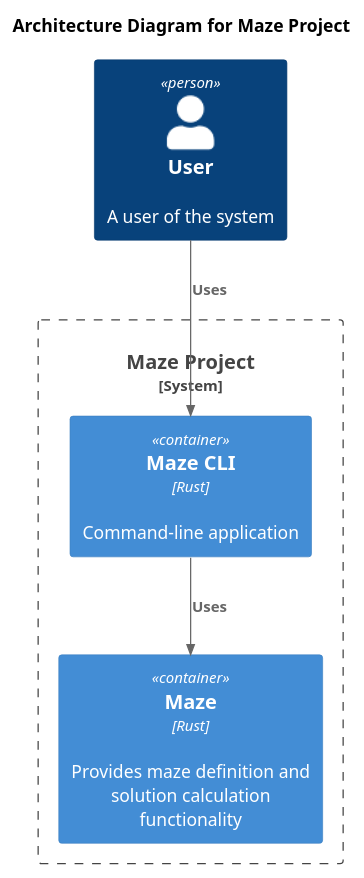
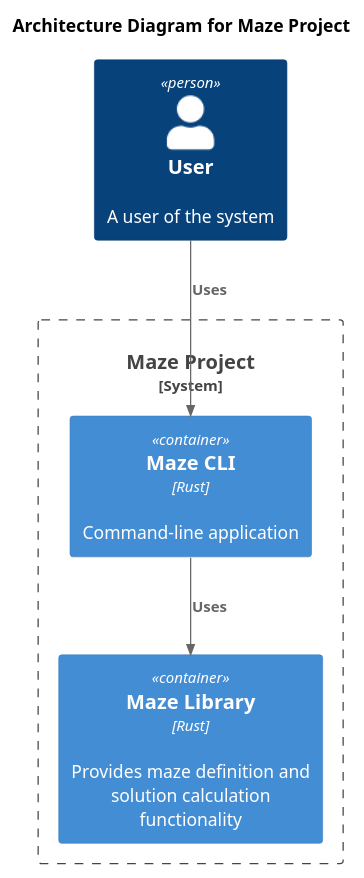
One commit to budgiedownunder/maze changed the diagram in docs/diagrams/architecture.puml. Above: the diagram before and after it, drawn with PlantUML.

Commit message:
Rename container 'Maze' to 'Maze Library' in architecture diagram

```diff
--- a/docs/diagrams/architecture.puml
+++ b/docs/diagrams/architecture.puml
@@ -1,15 +1,15 @@
 @startuml
 
 !include https://raw.githubusercontent.com/plantuml-stdlib/C4-PlantUML/master/C4_Container.puml
 
 title Architecture Diagram for Maze Project
 
 Person(user, "User", "A user of the system")
 System_Boundary(c1, "Maze Project") {
     Container(cli_app, "Maze CLI", "Rust", "Command-line application ")
-    Container(maze_library, "Maze", "Rust", "Provides maze definition and solution calculation functionality")
+    Container(maze_library, "Maze Library", "Rust", "Provides maze definition and solution calculation functionality")
 }
 
 Rel(user, cli_app, "Uses")
 Rel(cli_app, maze_library, "Uses")
 @enduml
```
